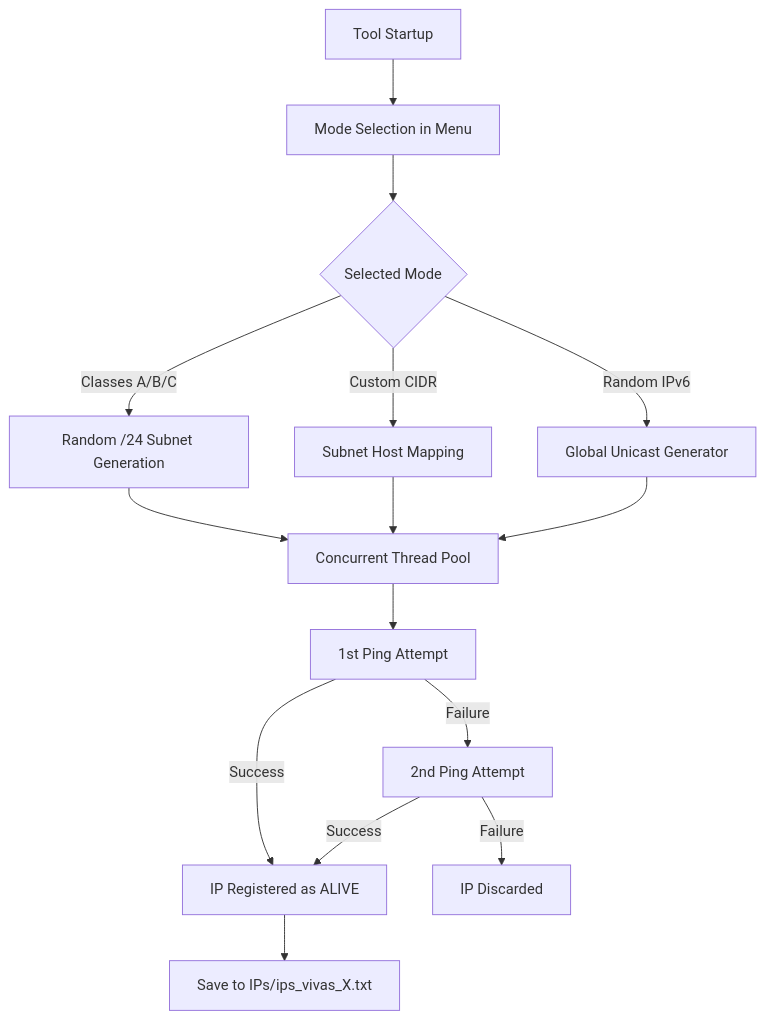
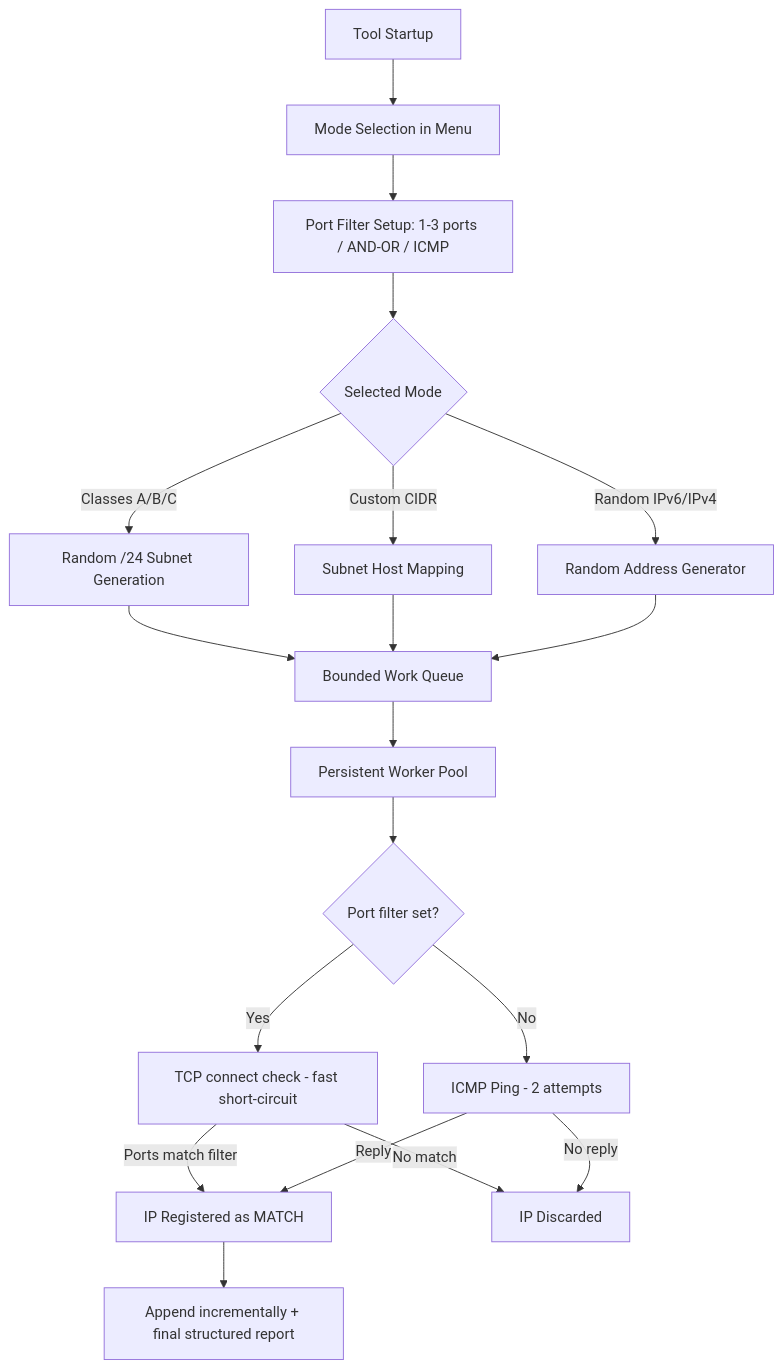
Before and after one commit to Nostraxiten/IPsearcher: the diagram in README.md, drawn with Mermaid. The commit also changed other lines of this file and 1 other file, not shown here.

First line of the commit message:
Add fast port-based filtering, better UI, and Termux stability fixes

````diff
--- a/README.md
+++ b/README.md
@@ -30,20 +33,25 @@
 ```mermaid
 graph TD
     A[Tool Startup] --> B[Mode Selection in Menu]
-    B --> C{Selected Mode}
+    B --> PF[Port Filter Setup: 1-3 ports / AND-OR / ICMP]
+    PF --> C{Selected Mode}
     C -->|Classes A/B/C| D[Random /24 Subnet Generation]
     C -->|Custom CIDR| E[Subnet Host Mapping]
-    C -->|Random IPv6| F[Global Unicast Generator]
-    
-    D --> G[Concurrent Thread Pool]
-    E --> G
-    F --> G
-    
-    G --> H[1st Ping Attempt]
-    H -->|Success| I[IP Registered as ALIVE]
-    H -->|Failure| J[2nd Ping Attempt]
-    J -->|Success| I
-    J -->|Failure| K[IP Discarded]
-    
-    I --> L[Save to IPs/ips_vivas_X.txt]
+    C -->|Random IPv6/IPv4| F[Random Address Generator]
+
+    D --> Q[Bounded Work Queue]
+    E --> Q
+    F --> Q
+    Q --> G[Persistent Worker Pool]
+
+    G --> M{Port filter set?}
+    M -->|Yes| N[TCP connect check - fast short-circuit]
+    M -->|No| H[ICMP Ping - 2 attempts]
+
+    N -->|Ports match filter| I[IP Registered as MATCH]
+    N -->|No match| K[IP Discarded]
+    H -->|Reply| I
+    H -->|No reply| K
+
+    I --> L[Append incrementally + final structured report]
 ```
````
